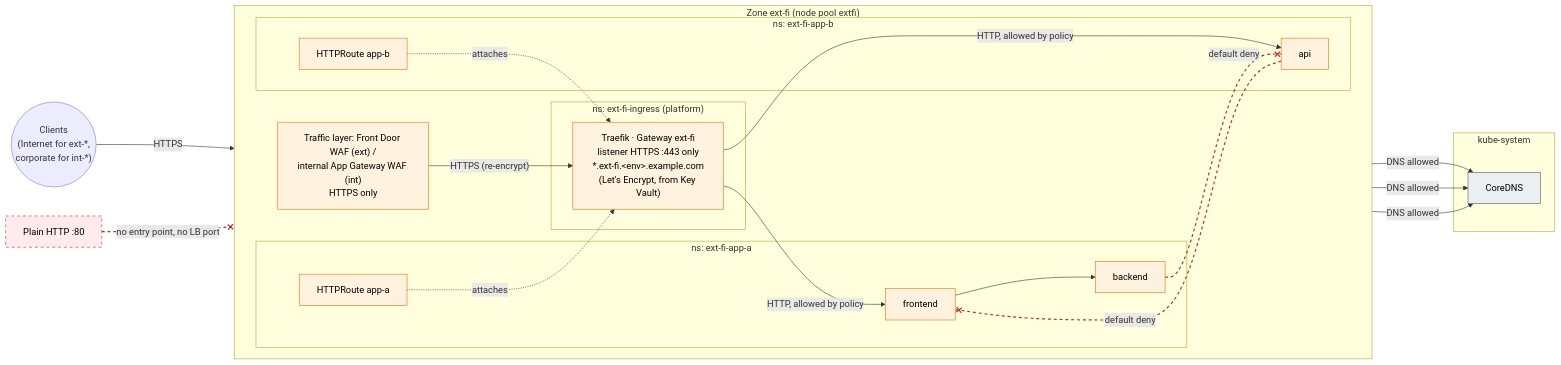
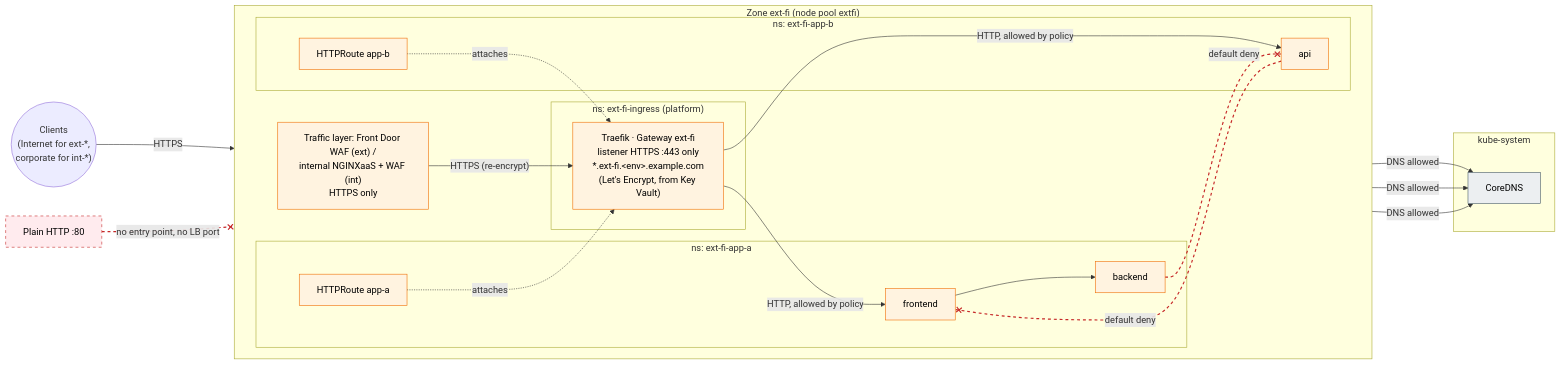
The diagram in diagrams/07-namespace-tenancy.mmd (olljanat-ai/aks-design), drawn with Mermaid before and after one commit. The commit also changed 10 other files, not shown here.

```diff
--- a/diagrams/07-namespace-tenancy.mmd
+++ b/diagrams/07-namespace-tenancy.mmd
@@ -1,44 +1,44 @@
 %% Application multi-tenancy inside one zone of a stateless cluster: namespace per application, default-deny
 %% network policies, Traefik as the zone's Gateway API implementation (HTTPS only).
 flowchart LR
     client(("Clients<br/>(Internet for ext-*,<br/>corporate for int-*)"))
 
     subgraph ZONE["Zone ext-fi (node pool extfi)"]
         direction LR
-        appgw["Traffic layer: Front Door WAF (ext) /<br/>internal App Gateway WAF (int)<br/>HTTPS only"]
+        appgw["Traffic layer: Front Door WAF (ext) /<br/>internal NGINXaaS + WAF (int)<br/>HTTPS only"]
         subgraph ING["ns: ext-fi-ingress (platform)"]
             ic["Traefik · Gateway ext-fi<br/>listener HTTPS :443 only<br/>*.ext-fi.&lt;env&gt;.example.com<br/>(Let's Encrypt, from Key Vault)"]
         end
         subgraph A["ns: ext-fi-app-a"]
             ra["HTTPRoute app-a"]
             a1["frontend"] --> a2["backend"]
         end
         subgraph B["ns: ext-fi-app-b"]
             rb["HTTPRoute app-b"]
             b1["api"]
         end
     end
 
     subgraph SYS["kube-system"]
         dns["CoreDNS"]
     end
 
     http["Plain HTTP :80"]:::off
 
     client -->|"HTTPS"| appgw -->|"HTTPS (re-encrypt)"| ic
     ic -->|"HTTP, allowed by policy"| a1
     ic -->|"HTTP, allowed by policy"| b1
     a1 & a2 & b1 -->|"DNS allowed"| dns
     a2 -.-x|"default deny"| b1
     b1 -.-x|"default deny"| a1
     http -.-x|"no entry point, no LB port"| ic
     ra -.->|"attaches"| ic
     rb -.->|"attaches"| ic
 
     linkStyle 8,9,10 stroke:#c62828,stroke-width:2px,stroke-dasharray:5 5
 
     classDef ext fill:#fff3e0,stroke:#ef6c00,color:#000
     classDef cp fill:#eceff1,stroke:#455a64,color:#000
     classDef off fill:#ffebee,stroke:#c62828,color:#000,stroke-dasharray: 5 5
     class appgw,ic,a1,a2,b1,ra,rb ext
     class dns cp
```
